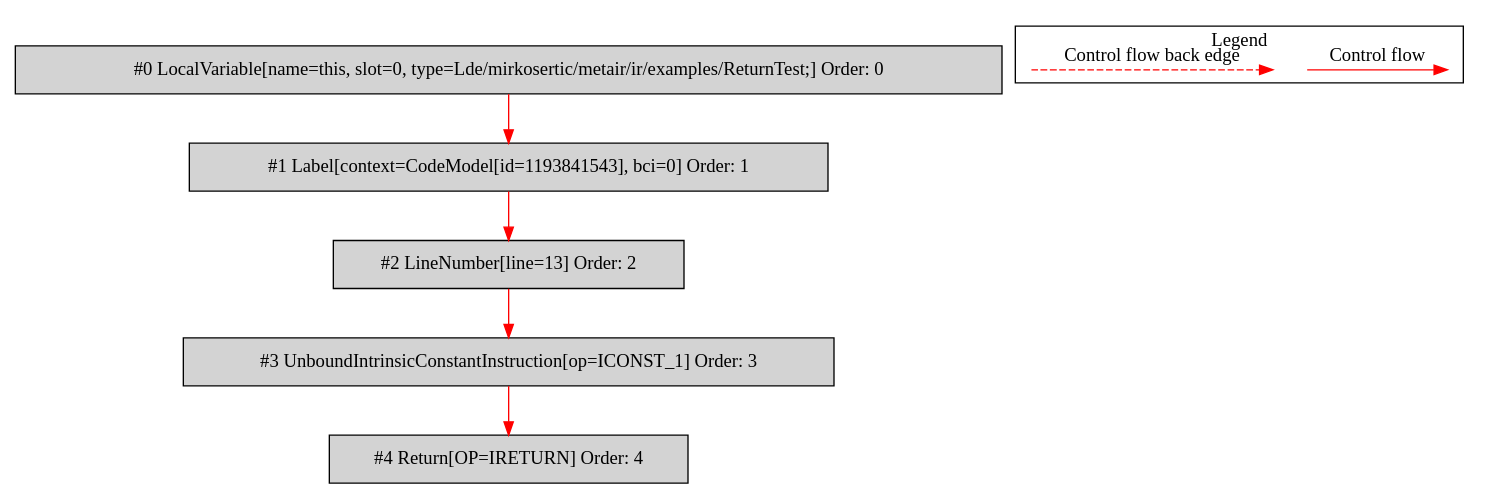
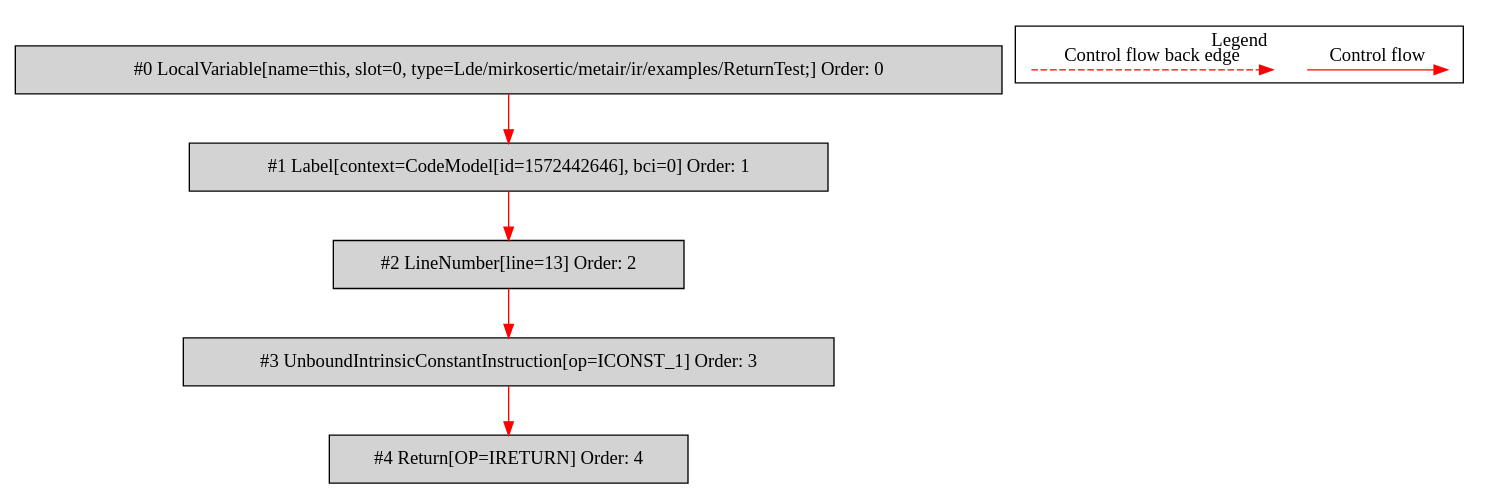
Before and after one commit to mirkosertic/MetaIR: the diagram in de.mirkosertic.metair.ir.examples.ReturnTest/returnBoolean/bytecodecfg.dot, drawn with Graphviz. The commit also changed 27 other files, not shown here.

```diff
--- a/de.mirkosertic.metair.ir.examples.ReturnTest/returnBoolean/bytecodecfg.dot
+++ b/de.mirkosertic.metair.ir.examples.ReturnTest/returnBoolean/bytecodecfg.dot
@@ -1,25 +1,25 @@
 digraph {
  node0[label="#0 LocalVariable[name=this, slot=0, type=Lde/mirkosertic/metair/ir/examples/ReturnTest;] Order: 0", shape=box, fillcolor=lightgrey, style=filled];
- node1[label="#1 Label[context=CodeModel[id=1193841543], bci=0] Order: 1", shape=box, fillcolor=lightgrey, style=filled];
+ node1[label="#1 Label[context=CodeModel[id=1572442646], bci=0] Order: 1", shape=box, fillcolor=lightgrey, style=filled];
  node2[label="#2 LineNumber[line=13] Order: 2", shape=box, fillcolor=lightgrey, style=filled];
  node3[label="#3 UnboundIntrinsicConstantInstruction[op=ICONST_1] Order: 3", shape=box, fillcolor=lightgrey, style=filled];
  node4[label="#4 Return[OP=IRETURN] Order: 4", shape=box, fillcolor=lightgrey, style=filled];
  node0 -> node1[color=red];
  node1 -> node2[color=red];
  node2 -> node3[color=red];
  node3 -> node4[color=red];
  subgraph cluster_000 {
   label = "Legend";
   node [shape=point]
   {
    rank=same;
    c0 [style = invis];
    c1 [style = invis];
    c2 [style = invis];
    c3 [style = invis];
   }
   c0 -> c1 [label="Control flow", style=solid, color=red]
   c2 -> c3 [label="Control flow back edge", style=dashed, color=red]
  }
 
 }
```
